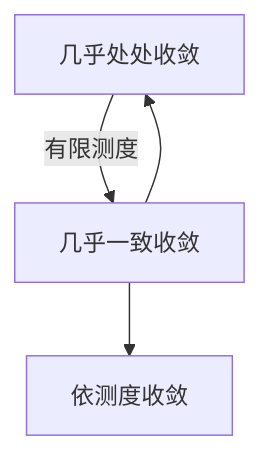
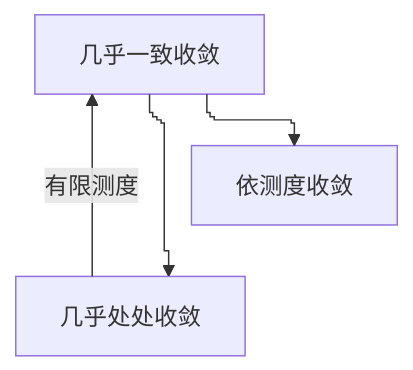
The diagram in content/数学/测度论/几乎处处收敛和依测度收敛.md (zeroDtree/zeroDtree.github.io), drawn with Mermaid before and after one commit. The commit also changed 137 other files, not shown here.

Commit message:
Refactor DAGMermiad class to enhance clarity in wikilink removal process and update index with new notation and style tags. Add configuration for mermaid diagrams across multiple documents to improve visual representation of concepts.

````diff
--- a/content/数学/测度论/几乎处处收敛和依测度收敛.md
+++ b/content/数学/测度论/几乎处处收敛和依测度收敛.md
@@ -19,9 +19,17 @@
 ```mermaid
-graph TD
+---
+config:
+  layout: elk
+  elk:
+    lineHops: true
+  flowchart:
+    curve: stepAfter
+---
+flowchart TD
     AE[几乎处处收敛]
     AUN[几乎一致收敛]
     MU[依测度收敛]
     AUN --> AE
     AUN --> MU
     AE -- 有限测度 --> AUN
 ```
````
